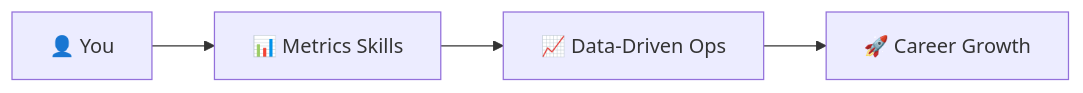
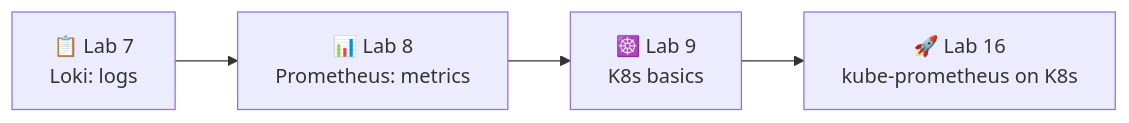
One commit to inno-devops-labs/DevOps-Core-Course changed the seventh of 7 diagrams in lectures/lec8.md. Above: the diagram before and after it, drawn with Mermaid. The commit also changed other lines of this file and 24 other files, not shown here.

````diff
--- a/lectures/lec8.md
+++ b/lectures/lec8.md
@@ -778,6 +634,4 @@
 ```mermaid
 flowchart LR
-  You[👤 You] --> Metrics[📊 Metrics Skills]
-  Metrics --> DataDriven[📈 Data-Driven Ops]
-  DataDriven --> Career[🚀 Career Growth]
+  L7[📋 Lab 7<br/>Loki: logs] --> L8[📊 Lab 8<br/>Prometheus: metrics] --> L9[☸️ Lab 9<br/>K8s basics] --> L16[🚀 Lab 16<br/>kube-prometheus on K8s]
 ```
````
